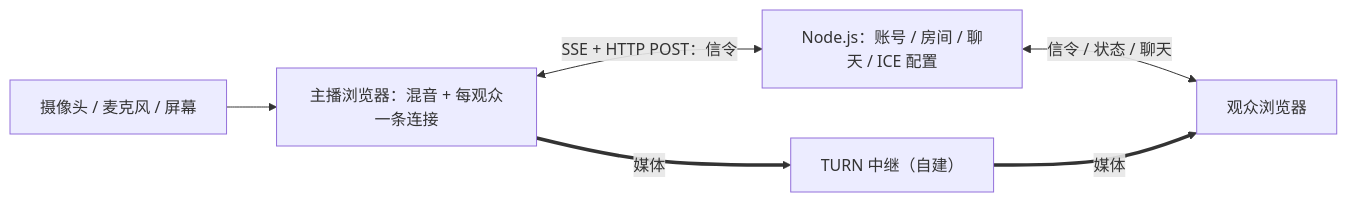
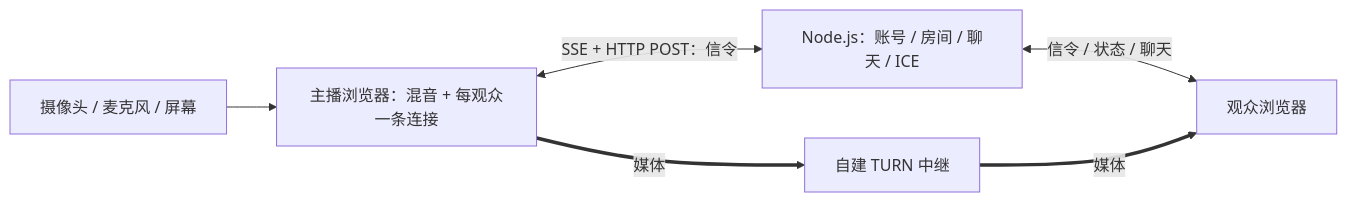
The diagram in README.md (ko2en/luma-live), drawn with Mermaid before and after one commit. The commit also changed other lines of this file, not shown here.

Commit message:
docs: refresh README with clearer onboarding and architecture

````diff
--- a/README.md
+++ b/README.md
@@ -86,8 +97,8 @@
 ```mermaid
 flowchart LR
   CAM["摄像头 / 麦克风 / 屏幕"] --> HOST["主播浏览器：混音 + 每观众一条连接"]
-  HOST <-->|"SSE + HTTP POST：信令"| APP["Node.js：账号 / 房间 / 聊天 / ICE 配置"]
+  HOST <-->|"SSE + HTTP POST：信令"| APP["Node.js：账号 / 房间 / 聊天 / ICE"]
   APP <-->|"信令 / 状态 / 聊天"| VIEW["观众浏览器"]
-  HOST ==>|"媒体"| TURN["TURN 中继（自建）"]
+  HOST ==>|"媒体"| TURN["自建 TURN 中继"]
   TURN ==>|"媒体"| VIEW
 ```
````
